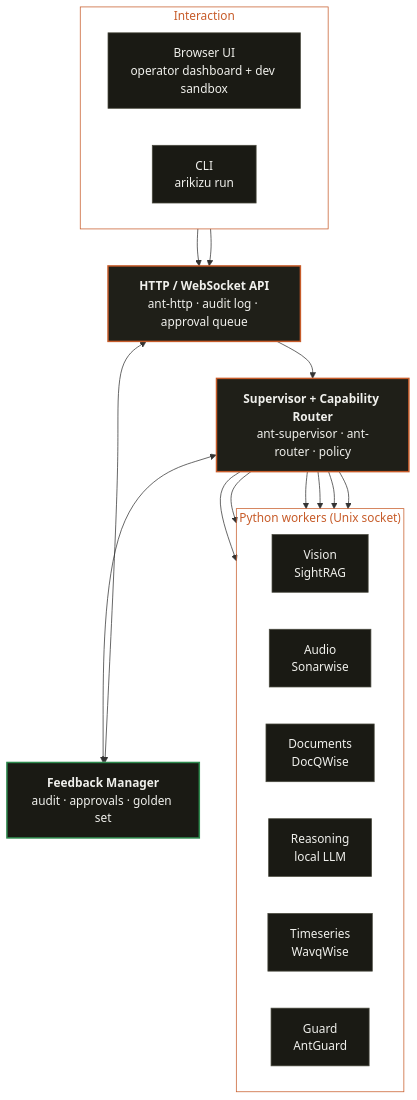
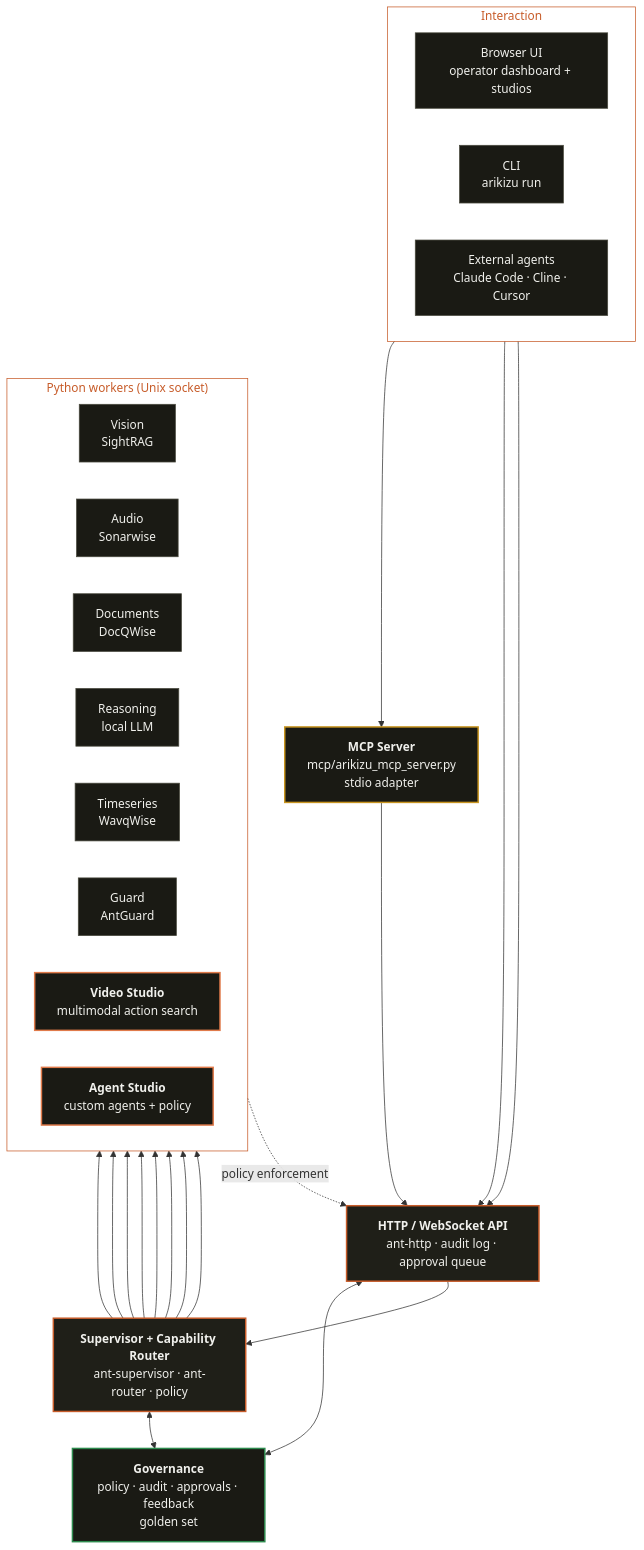
The diagram in README.md (VK-Ant/arikizu), drawn with Mermaid before and after one commit. The commit also changed other lines of this file and 54 other files, not shown here.

````diff
--- a/README.md
+++ b/README.md
@@ -331,48 +517,59 @@
 ```mermaid
 flowchart TB
     subgraph INTERACTION[" Interaction "]
         direction LR
-        UI["Browser UI<br/>operator dashboard + dev sandbox"]
+        UI["Browser UI<br/>operator dashboard + studios"]
         CLI["CLI<br/>arikizu run"]
+        EXT["External agents<br/>Claude Code · Cline · Cursor"]
     end
 
+    MCP["<b>MCP Server</b><br/>mcp/arikizu_mcp_server.py<br/>stdio adapter"]
     HTTP["<b>HTTP / WebSocket API</b><br/>ant-http · audit log · approval queue"]
-
     SUP["<b>Supervisor + Capability Router</b><br/>ant-supervisor · ant-router · policy"]
 
     subgraph WORKERS[" Python workers (Unix socket) "]
         direction LR
         W1["Vision<br/>SightRAG"]
         W2["Audio<br/>Sonarwise"]
         W3["Documents<br/>DocQWise"]
         W4["Reasoning<br/>local LLM"]
         W5["Timeseries<br/>WavqWise"]
         W6["Guard<br/>AntGuard"]
+        W7["<b>Video Studio</b><br/>multimodal action search"]
+        W8["<b>Agent Studio</b><br/>custom agents + policy"]
     end
 
-    FB["<b>Feedback Manager</b><br/>audit · approvals · golden set"]
+    FB["<b>Governance</b><br/>policy · audit · approvals · feedback<br/>golden set"]
 
     UI --> HTTP
     CLI --> HTTP
+    EXT --> MCP
+    MCP --> HTTP
     HTTP --> SUP
     SUP --> W1
     SUP --> W2
     SUP --> W3
     SUP --> W4
     SUP --> W5
     SUP --> W6
+    SUP --> W7
+    SUP --> W8
     SUP <--> FB
     HTTP <--> FB
+    W8 -.policy enforcement.-> HTTP
 
     classDef zone fill:transparent,stroke:#c75c2a,stroke-width:1px,color:#c75c2a
     classDef runtime fill:#1f1f18,stroke:#c75c2a,stroke-width:2px,color:#f0f0ec
     classDef worker fill:#1a1a14,stroke:#4a4a3e,stroke-width:1px,color:#f0f0ec
+    classDef highlight fill:#1a1a14,stroke:#e07a4a,stroke-width:2px,color:#f0f0ec
     classDef trust fill:#1a1a14,stroke:#2d8a4e,stroke-width:2px,color:#f0f0ec
-    classDef interact fill:#1a1a14,stroke:#4a4a3e,stroke-width:1px,color:#f0f0ec
+    classDef mcp fill:#1a1a14,stroke:#c89520,stroke-width:2px,color:#f0f0ec
 
     class INTERACTION,WORKERS zone
-    class UI,CLI interact
+    class UI,CLI,EXT worker
     class HTTP,SUP runtime
     class W1,W2,W3,W4,W5,W6 worker
+    class W7,W8 highlight
+    class MCP mcp
     class FB trust
 ```
````
